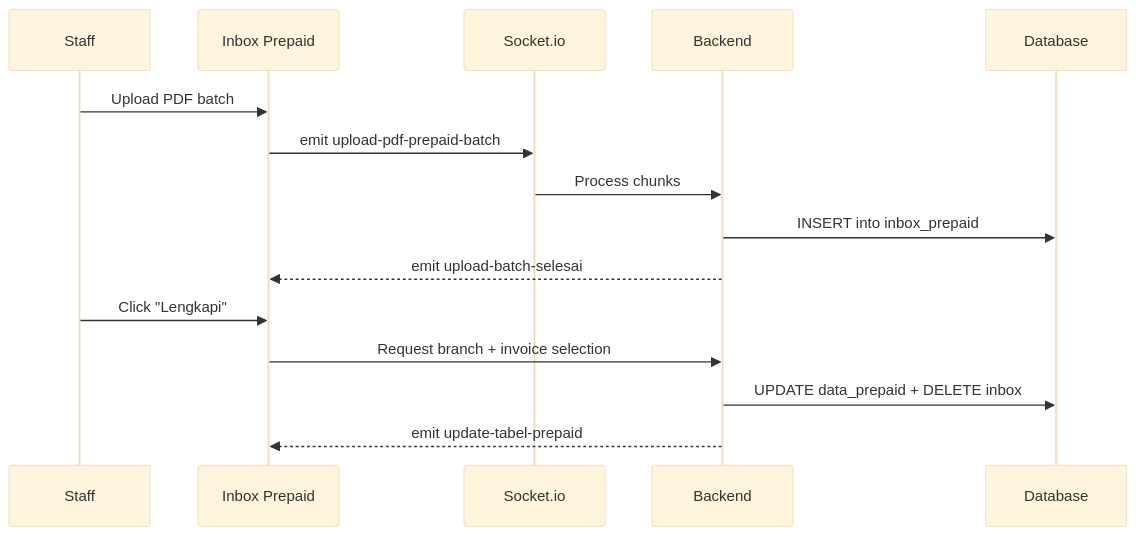
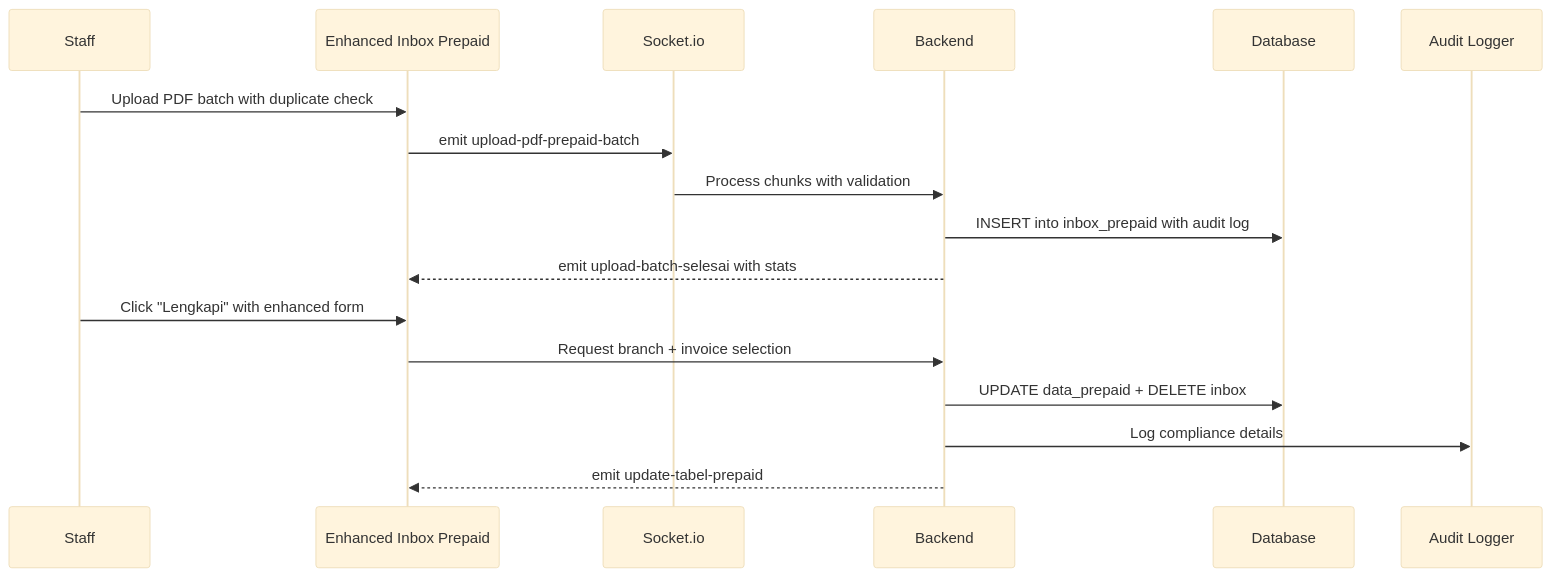
Before and after one commit to rendisiagian/TDS_by_RENDISIAGIAN: the third of 7 diagrams in .qoder/repowiki/en/content/Tax Deducted at Source (TDS) System/Tax Deducted at Source (TDS) System.md, drawn with Mermaid (base theme). The commit also changed other lines of this file and 96 other files, not shown here.

````diff
--- a/.qoder/repowiki/en/content/Tax Deducted at Source (TDS) System/Tax Deducted at Source (TDS) System.md
+++ b/.qoder/repowiki/en/content/Tax Deducted at Source (TDS) System/Tax Deducted at Source (TDS) System.md
@@ -144,17 +166,19 @@
 ```mermaid
 sequenceDiagram
 participant Staff as Staff
-participant Inbox as Inbox Prepaid
+participant Inbox as Enhanced Inbox Prepaid
 participant WS as Socket.io
 participant API as Backend
 participant DB as Database
-Staff->>Inbox : Upload PDF batch
+participant AUDIT as Audit Logger
+Staff->>Inbox : Upload PDF batch with duplicate check
 Inbox->>WS : emit upload-pdf-prepaid-batch
-WS->>API : Process chunks
-API->>DB : INSERT into inbox_prepaid
-API-->>Inbox : emit upload-batch-selesai
-Staff->>Inbox : Click "Lengkapi"
+WS->>API : Process chunks with validation
+API->>DB : INSERT into inbox_prepaid with audit log
+API-->>Inbox : emit upload-batch-selesai with stats
+Staff->>Inbox : Click "Lengkapi" with enhanced form
 Inbox->>API : Request branch + invoice selection
 API->>DB : UPDATE data_prepaid + DELETE inbox
+API->>AUDIT : Log compliance details
 API-->>Inbox : emit update-tabel-prepaid
 ```
````
